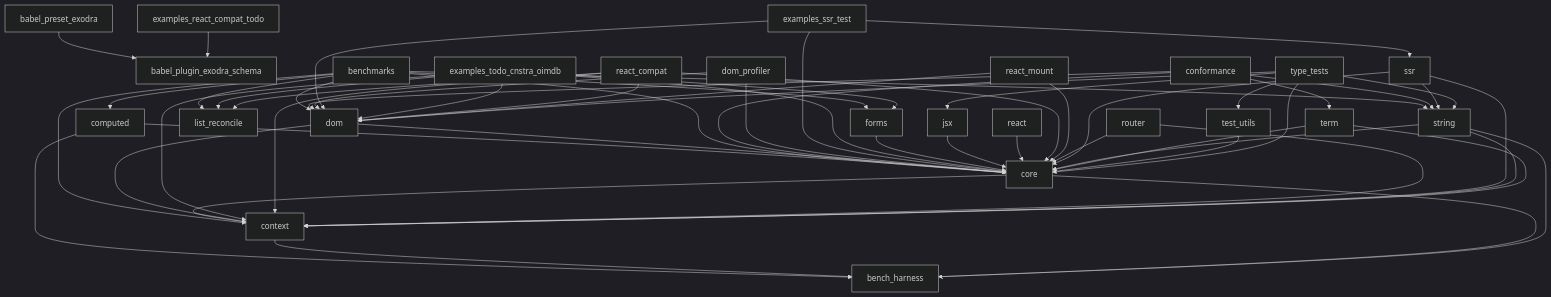
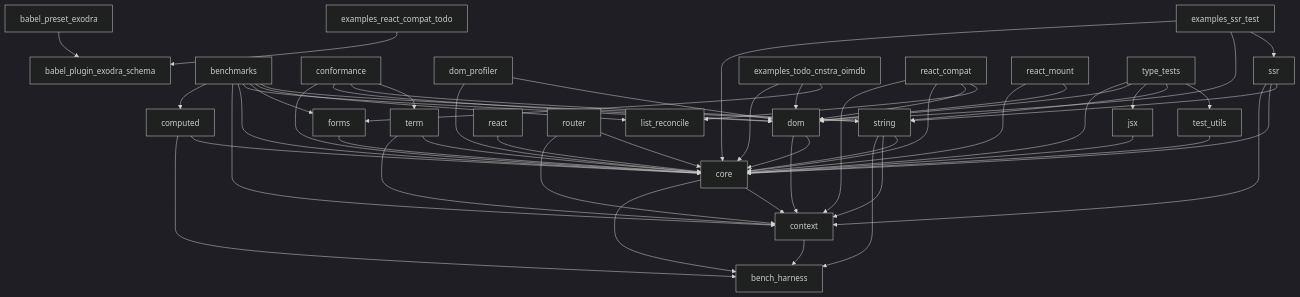
Before and after one commit to abaikov/exodra: the diagram in docs-site/docs/architecture/package-graph.md, drawn with Mermaid (dark theme). The commit also changed 193 other files, not shown here.

````diff
--- a/docs-site/docs/architecture/package-graph.md
+++ b/docs-site/docs/architecture/package-graph.md
@@ -16,58 +16,56 @@
 ```mermaid
 graph TD
     babel_preset_exodra --> babel_plugin_exodra_schema
     benchmarks --> computed
     benchmarks --> context
     benchmarks --> core
     benchmarks --> dom
     benchmarks --> forms
     benchmarks --> list_reconcile
     benchmarks --> string
     computed --> bench_harness
     computed --> core
     conformance --> core
     conformance --> dom
     conformance --> string
     conformance --> term
     context --> bench_harness
     core --> bench_harness
     core --> context
     dom --> context
     dom --> core
     dom_profiler --> core
     dom_profiler --> dom
     examples_react_compat_todo --> babel_plugin_exodra_schema
     examples_ssr_test --> core
     examples_ssr_test --> dom
     examples_ssr_test --> ssr
-    examples_todo_cnstra_oimdb --> context
     examples_todo_cnstra_oimdb --> core
     examples_todo_cnstra_oimdb --> dom
     examples_todo_cnstra_oimdb --> forms
-    examples_todo_cnstra_oimdb --> list_reconcile
     forms --> core
     jsx --> core
     react --> core
     react_compat --> context
     react_compat --> core
     react_compat --> dom
     react_compat --> list_reconcile
     react_mount --> core
     react_mount --> dom
     router --> context
     router --> core
     ssr --> context
     ssr --> core
     ssr --> string
     string --> bench_harness
     string --> context
     string --> core
     term --> context
     term --> core
     test_utils --> core
     type_tests --> core
     type_tests --> dom
     type_tests --> jsx
     type_tests --> string
     type_tests --> test_utils
 ```
````
